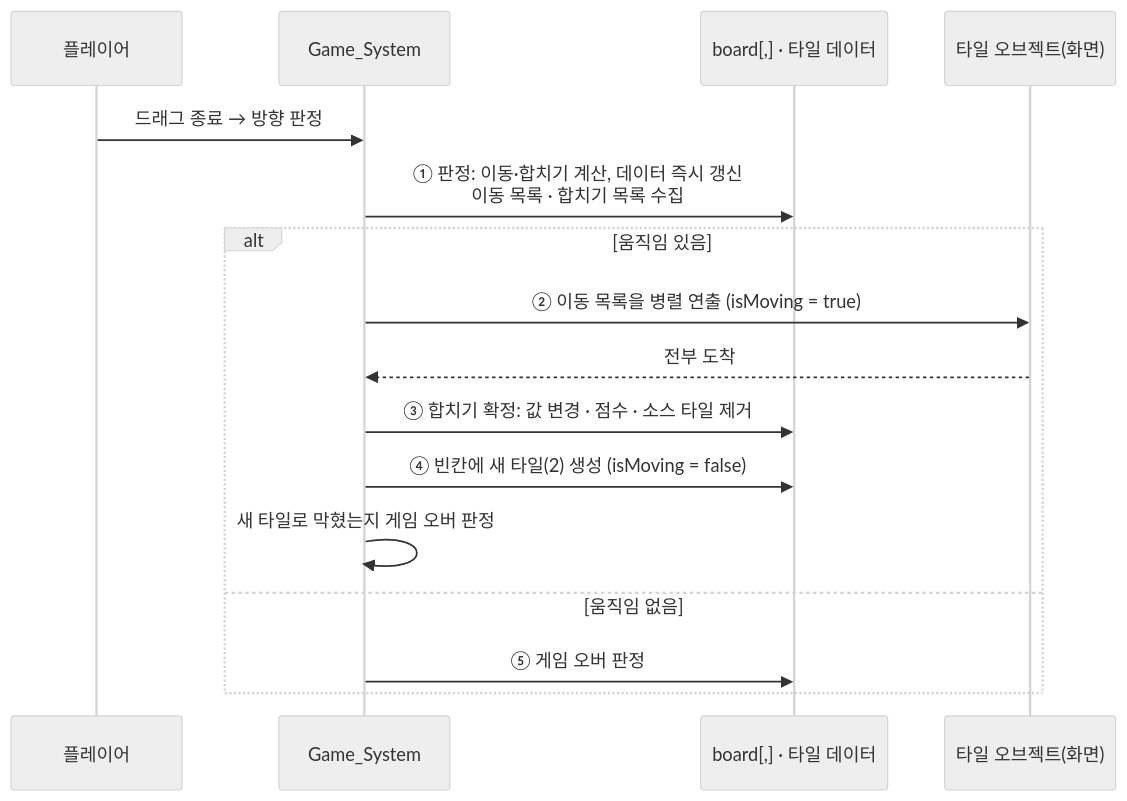
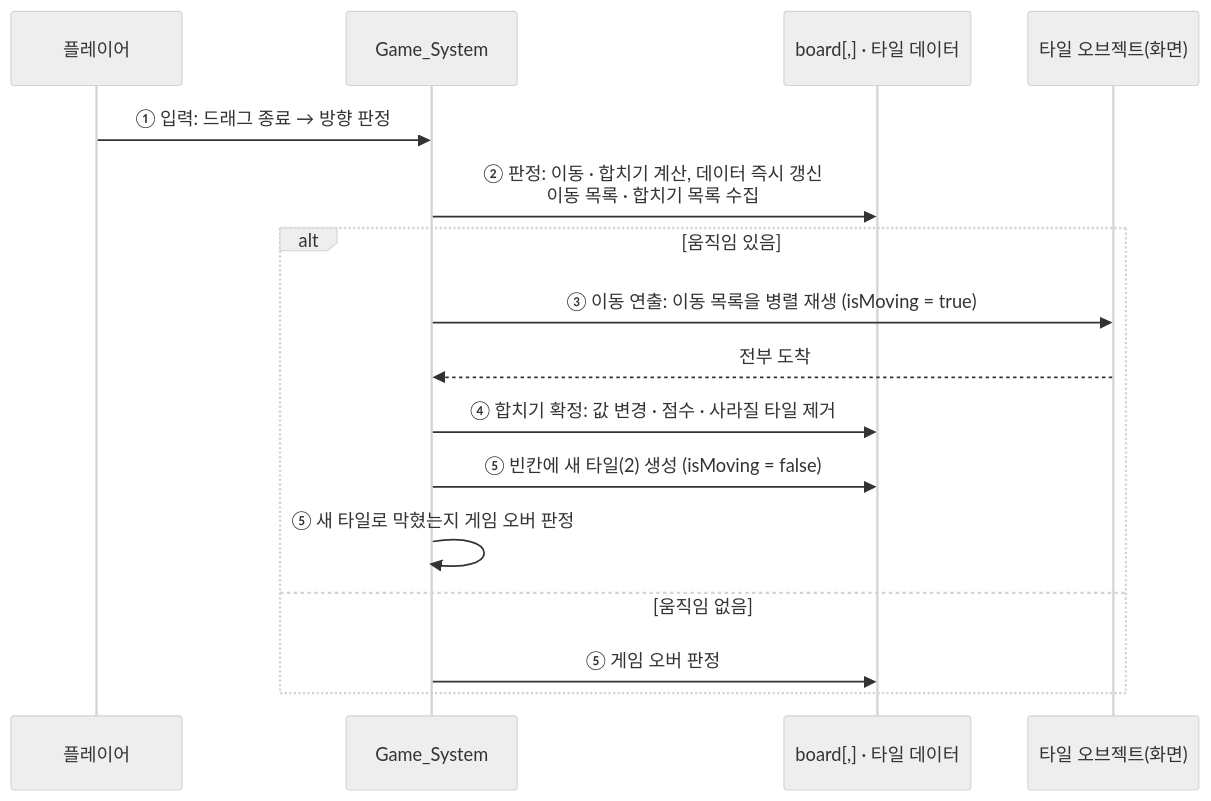
The second of 4 diagrams in src/06-meow2048/기술문서.md (NaJungWon/portfolio), drawn with Mermaid before and after one commit. The commit also changed other lines of this file and 10 other files, not shown here.

````diff
--- a/src/06-meow2048/기술문서.md
+++ b/src/06-meow2048/기술문서.md
@@ -184,19 +121,19 @@
 ```mermaid
 %%{init: {'theme':'neutral'}}%%
 sequenceDiagram
     participant P as 플레이어
     participant G as Game_System
     participant B as board[,] · 타일 데이터
     participant T as 타일 오브젝트(화면)
-    P->>G: 드래그 종료 → 방향 판정
-    G->>B: ① 판정: 이동·합치기 계산, 데이터 즉시 갱신<br/>이동 목록 · 합치기 목록 수집
+    P->>G: ① 입력: 드래그 종료 → 방향 판정
+    G->>B: ② 판정: 이동 · 합치기 계산, 데이터 즉시 갱신<br/>이동 목록 · 합치기 목록 수집
     alt 움직임 있음
-        G->>T: ② 이동 목록을 병렬 연출 (isMoving = true)
+        G->>T: ③ 이동 연출: 이동 목록을 병렬 재생 (isMoving = true)
         T-->>G: 전부 도착
-        G->>B: ③ 합치기 확정: 값 변경 · 점수 · 소스 타일 제거
-        G->>B: ④ 빈칸에 새 타일(2) 생성 (isMoving = false)
-        G->>G: 새 타일로 막혔는지 게임 오버 판정
+        G->>B: ④ 합치기 확정: 값 변경 · 점수 · 사라질 타일 제거
+        G->>B: ⑤ 빈칸에 새 타일(2) 생성 (isMoving = false)
+        G->>G: ⑤ 새 타일로 막혔는지 게임 오버 판정
     else 움직임 없음
         G->>B: ⑤ 게임 오버 판정
     end
 ```
````
